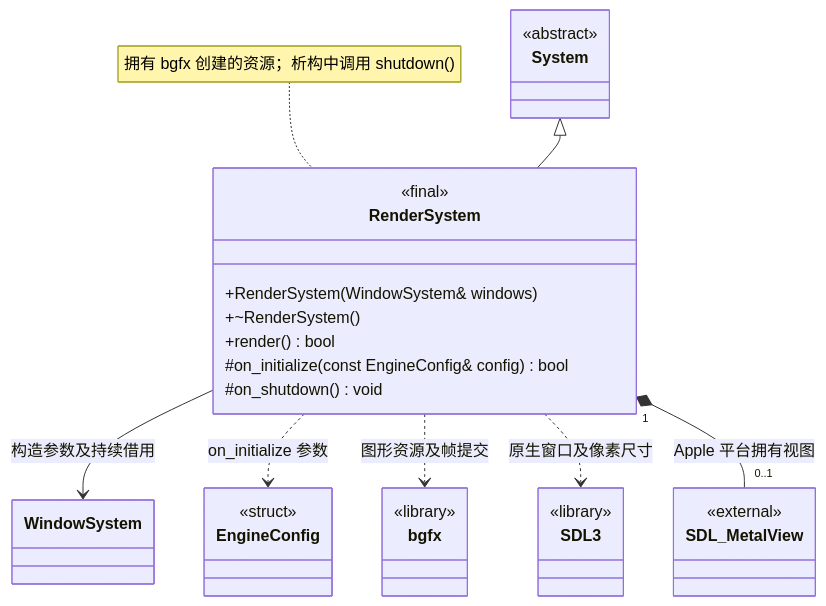
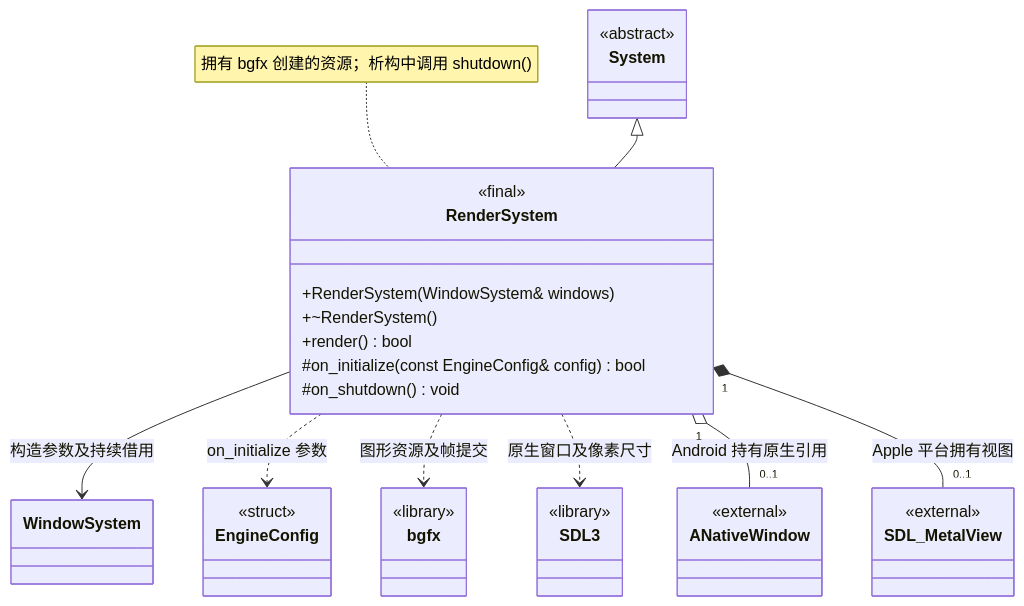
Before and after one commit to lcals/Engine: the diagram in docs/class-diagrams/render-system.md, drawn with Mermaid. The commit also changed other lines of this file and 63 other files, not shown here.

````diff
--- a/docs/class-diagrams/render-system.md
+++ b/docs/class-diagrams/render-system.md
@@ -7,35 +7,39 @@
 ```mermaid
 classDiagram
     direction TB
     class RenderSystem {
         <<final>>
         +RenderSystem(WindowSystem& windows)
         +~RenderSystem()
         +render() bool
         #on_initialize(const EngineConfig& config) bool
         #on_shutdown() void
     }
     class System {
         <<abstract>>
     }
     class WindowSystem
     class EngineConfig {
         <<struct>>
     }
     class bgfx {
         <<library>>
     }
     class SDL3 {
         <<library>>
     }
+    class ANativeWindow {
+        <<external>>
+    }
     class SDL_MetalView {
         <<external>>
     }
     System <|-- RenderSystem
     RenderSystem --> WindowSystem : 构造参数及持续借用
     RenderSystem ..> EngineConfig : on_initialize 参数
     RenderSystem ..> bgfx : 图形资源及帧提交
     RenderSystem ..> SDL3 : 原生窗口及像素尺寸
+    RenderSystem "1" o-- "0..1" ANativeWindow : Android 持有原生引用
     RenderSystem "1" *-- "0..1" SDL_MetalView : Apple 平台拥有视图
     note for RenderSystem "拥有 bgfx 创建的资源；析构中调用 shutdown()"
 ```
````
